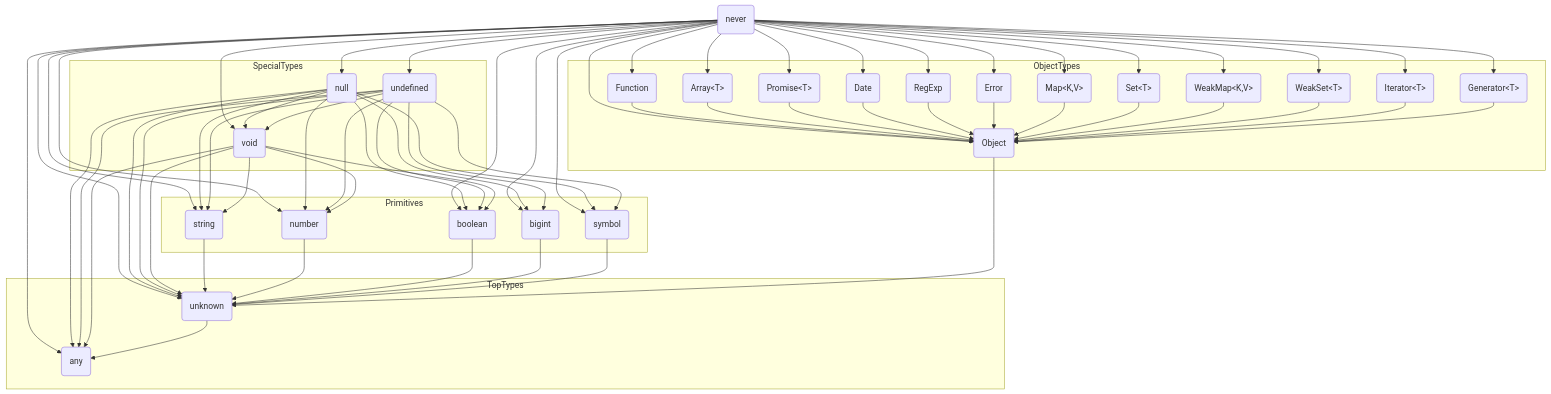
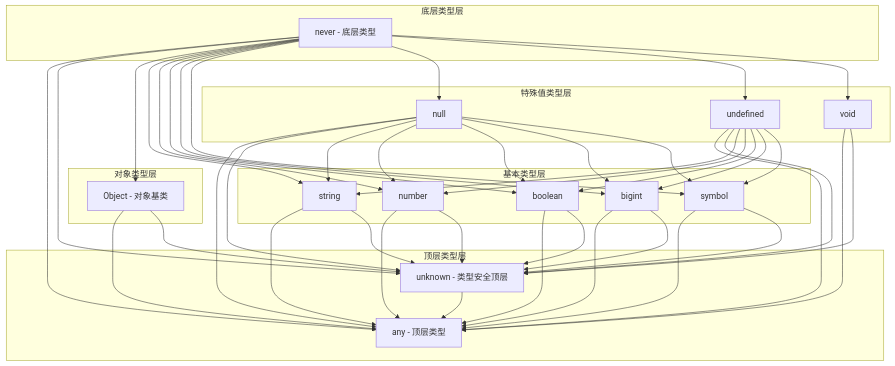
Before and after one commit to toFrankie/blog: the eighth of 9 diagrams in archives/2025/368.md, drawn with Mermaid. The commit also changed other lines of this file, not shown here.

Commit message:
docs: update issue 368

````diff
--- a/archives/2025/368.md
+++ b/archives/2025/368.md
@@ -251,104 +243,91 @@
 ```mermaid
 flowchart TD
-    %% never 类型 - 底层类型，可以赋值给任何类型
-    Never(never) --> String(string)
-    Never --> Number(number)
-    Never --> Boolean(boolean)
-    Never --> BigInt(bigint)
-    Never --> Symbol(symbol)
-    Never --> Null(null)
-    Never --> Undef(undefined)
-    Never --> Void(void)
-    Never --> Unknown(unknown)
-    Never --> Any(any)
+    %% 底层类型
+    Never[never - 底层类型]
     
-    %% never 到对象类型 - 之前遗漏的重要关系
-    Never --> ObjectT(Object)
-    Never --> FunctionT(Function)
-    Never --> ArrayT(Array&lt;T&gt;)
-    Never --> PromiseT(Promise&lt;T&gt;)
-    Never --> DateT(Date)
-    Never --> RegExpT(RegExp)
-    Never --> ErrorT(Error)
-    Never --> MapT(Map&lt;K,V&gt;)
-    Never --> SetT(Set&lt;T&gt;)
-    Never --> WeakMapT(WeakMap&lt;K,V&gt;)
-    Never --> WeakSetT(WeakSet&lt;T&gt;)
-    Never --> IteratorT(Iterator&lt;T&gt;)
-    Never --> GeneratorT(Generator&lt;T&gt;)
+    %% 第四层 - 特殊值类型
+    Null[null]
+    Undefined[undefined]
+    Void[void]
     
-    %% null 和 undefined 在非严格模式下可以赋值给更多类型
+    %% 第三层 - 基本类型
+    String[string]
+    Number[number]
+    Boolean[boolean]
+    BigInt[bigint]
+    Symbol[symbol]
+    
+    %% 第二层 - 对象类型
+    Object[Object - 对象基类]
+    
+    %% 顶层类型
+    Any[any - 顶层类型]
+    Unknown[unknown - 类型安全顶层]
+    
+    %% 正确的赋值关系
+    Never --> Any
+    Never --> Unknown
+    Never --> Object
+    Never --> String
+    Never --> Number
+    Never --> Boolean
+    Never --> BigInt
+    Never --> Symbol
+    Never --> Null
+    Never --> Undefined
+    Never --> Void
+    
+    %% 基本类型和对象类型可以赋值给 unknown 和 any
+    String --> Any
+    String --> Unknown
+    Number --> Any
+    Number --> Unknown
+    Boolean --> Any
+    Boolean --> Unknown
+    BigInt --> Any
+    BigInt --> Unknown
+    Symbol --> Any
+    Symbol --> Unknown
+    
+    Object --> Any
+    Object --> Unknown
+    
+    %% 非严格模式下的额外赋值关系 - 只有 null 和 undefined
+    Null --> Any
+    Null --> Unknown
     Null --> String
     Null --> Number
     Null --> Boolean
     Null --> BigInt
     Null --> Symbol
-    Null --> Void
-    Null --> Unknown
-    Null --> Any
     
-    Undef --> String
-    Undef --> Number
-    Undef --> Boolean
-    Undef --> BigInt
-    Undef --> Symbol
-    Undef --> Void
-    Undef --> Unknown
-    Undef --> Any
+    Undefined --> Any
+    Undefined --> Unknown
+    Undefined --> String
+    Undefined --> Number
+    Undefined --> Boolean
+    Undefined --> BigInt
+    Undefined --> Symbol
     
-    %% void 在非严格模式下可以赋值给更多类型
-    Void --> Boolean
-    Void --> Number
-    Void --> String
+    %% void 类型始终只能赋值给 unknown 和 any
+    Void --> Any
     Void --> Unknown
-    Void --> Any
     
-    %% 基本类型到 unknown
-    String --> Unknown
-    Number --> Unknown
-    Boolean --> Unknown
-    BigInt --> Unknown
-    Symbol --> Unknown
-    
-    %% unknown 到 any
+    %% unknown 可以赋值给 any
     Unknown --> Any
     
-    %% 对象类型层次
-    subgraph ObjectTypes
-        ObjectT
-        FunctionT
-        ArrayT
-        PromiseT
-        DateT
-        RegExpT
-        ErrorT
-        MapT
-        SetT
-        WeakMapT
-        WeakSetT
-        IteratorT
-        GeneratorT
+    %% 分组
+    subgraph BottomLevel[底层类型层]
+        Never
     end
     
-    %% 所有对象类型都继承自 Object
-    FunctionT --> ObjectT
-    ArrayT --> ObjectT
-    PromiseT --> ObjectT
-    DateT --> ObjectT
-    RegExpT --> ObjectT
-    ErrorT --> ObjectT
-    MapT --> ObjectT
-    SetT --> ObjectT
-    WeakMapT --> ObjectT
-    WeakSetT --> ObjectT
-    IteratorT --> ObjectT
-    GeneratorT --> ObjectT
+    subgraph SpecialLevel[特殊值类型层]
+        Null
+        Undefined
+        Void
+    end
     
-    %% 对象类型到 unknown
-    ObjectT --> Unknown
-    
-    %% 基本类型分组
-    subgraph Primitives
+    subgraph PrimitiveLevel[基本类型层]
         String
         Number
         Boolean
@@ -356,16 +335,12 @@
         Symbol
     end
     
-    %% 特殊类型分组
-    subgraph SpecialTypes
-        Null
-        Undef
-        Void
+    subgraph ObjectLevel[对象类型层]
+        Object
     end
     
-    %% 顶级类型分组
-    subgraph TopTypes
+    subgraph TopLevel[顶层类型层]
+        Any
         Unknown
-        Any
     end
 ```
````
